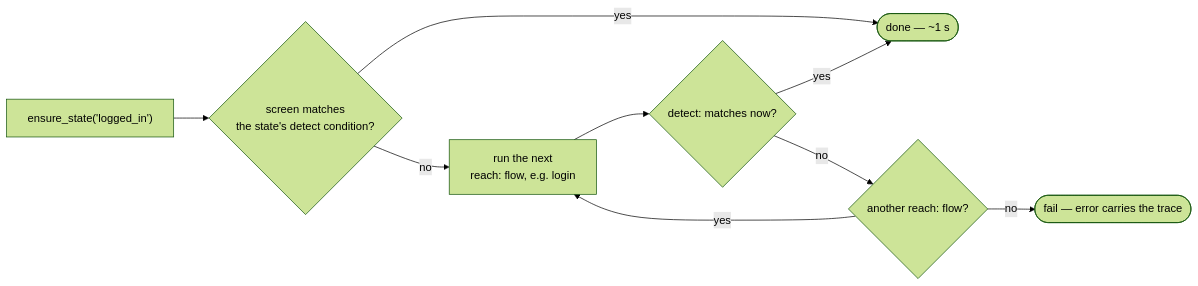
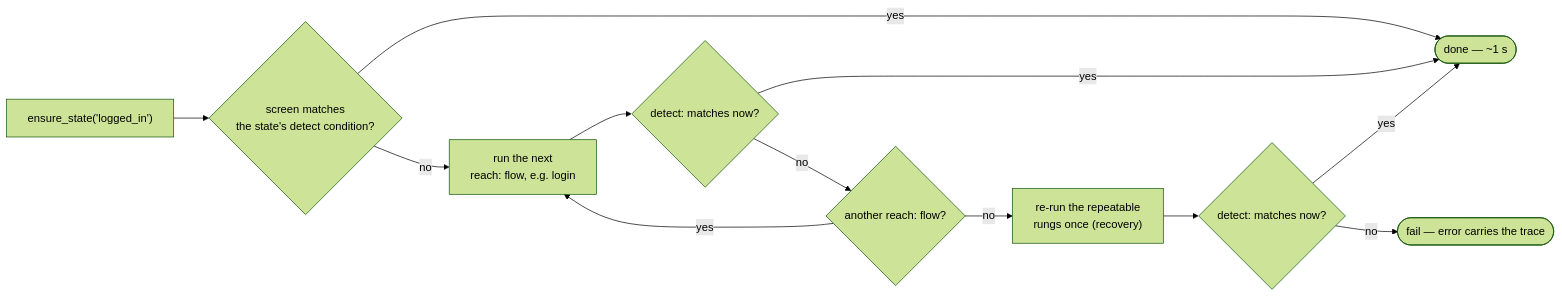
Before and after one commit to mholecy/averi: the second of 2 diagrams in README.md, drawn with Mermaid (forest theme). The commit also changed other lines of this file and 7 other files, not shown here.

````diff
--- a/README.md
+++ b/README.md
@@ -53,11 +53,14 @@
 ```mermaid
 flowchart LR
     A["ensure_state('logged_in')"] --> B{"screen matches<br/>the state's detect condition?"}
     B -- yes --> C(["done — ~1 s"])
     B -- no --> D["run the next<br/>reach: flow, e.g. login"]
     D --> E{"detect: matches now?"}
     E -- yes --> C
     E -- no --> G{"another reach: flow?"}
     G -- yes --> D
-    G -- no --> F(["fail — error carries the trace"])
+    G -- no --> H["re-run the repeatable<br/>rungs once (recovery)"]
+    H --> I{"detect: matches now?"}
+    I -- yes --> C
+    I -- no --> F(["fail — error carries the trace"])
 ```
````
